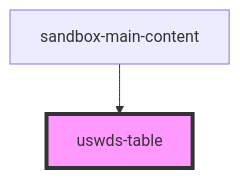
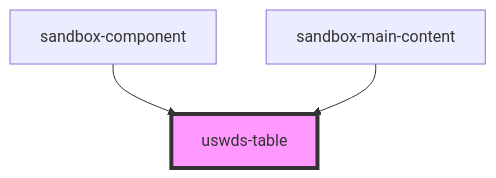
One commit to WeissCenter/uswds-sandbox changed the diagram in packages/weiss-sandbox/src/components/uswds-table/readme.md. Above: the diagram before and after it, drawn with Mermaid. The commit also changed other lines of this file and 9 other files, not shown here.

````diff
--- a/packages/weiss-sandbox/src/components/uswds-table/readme.md
+++ b/packages/weiss-sandbox/src/components/uswds-table/readme.md
@@ -23,5 +24,6 @@
 ```mermaid
 graph TD;
+  sandbox-component --> uswds-table
   sandbox-main-content --> uswds-table
   style uswds-table fill:#f9f,stroke:#333,stroke-width:4px
 ```
````
